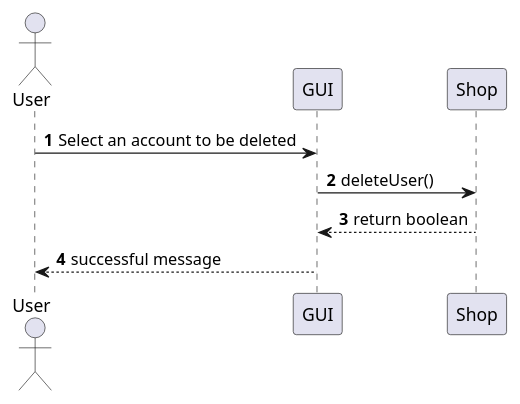
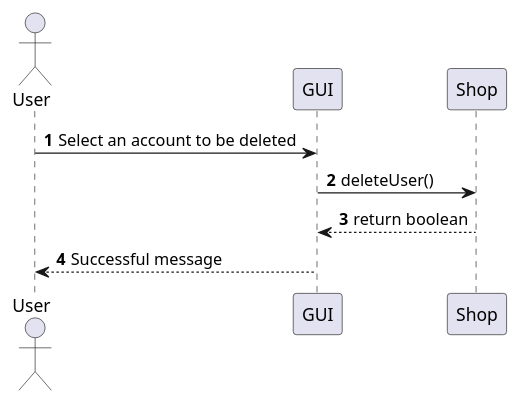
Before and after one commit to Stormz4/group20-EzShop: the seventh of 23 diagrams in Deliverables/DesignDocument.md, drawn with PlantUML. The commit also changed other lines of this file, not shown here.

````diff
--- a/Deliverables/DesignDocument.md
+++ b/Deliverables/DesignDocument.md
@@ -376,10 +378,10 @@
 ```plantuml
 @startuml
 Actor User
 autonumber
 User -> GUI: Select an account to be deleted
 GUI -> Shop: deleteUser()
 Shop --> GUI: return boolean
-GUI --> User: successful message
+GUI --> User: Successful message
 @enduml
 ```
````
